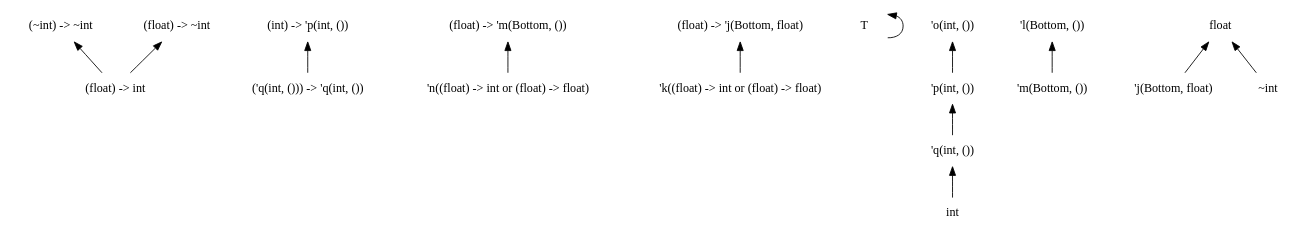
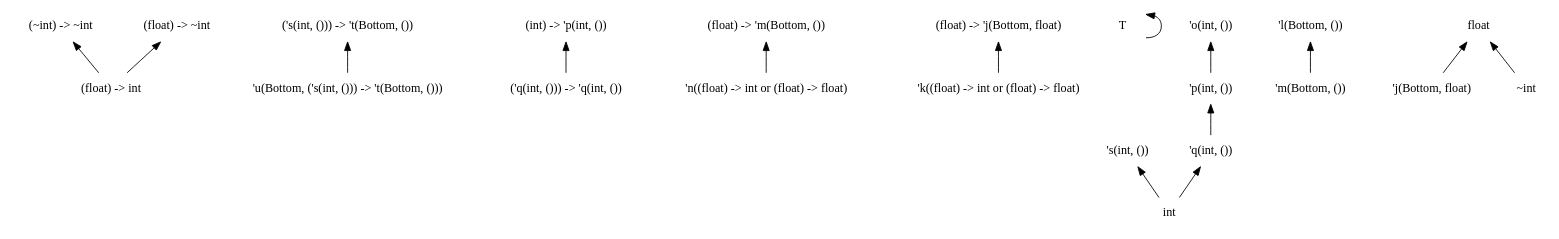
Before and after one commit to chocobo333/regino: the diagram in dots/5.dot, drawn with Graphviz. The commit also changed 38 other files, not shown here.

```diff
--- a/dots/5.dot
+++ b/dots/5.dot
@@ -1,42 +1,47 @@
 digraph order {
   graph [
     size = "30,10"
     ];
   node [
     shape = none
     ];
   edge [
     dir = back
     ];
   "(~int) -> ~int"
+  "(float) -> ~int"
+  "('s(int, ())) -> 't(Bottom, ())"
   "(int) -> 'p(int, ())"
   "(float) -> 'm(Bottom, ())"
   "(float) -> 'j(Bottom, float)"
-  "(float) -> ~int"
   "T"
   "'k((float) -> int or (float) -> float)"
   "'n((float) -> int or (float) -> float)"
+  "'u(Bottom, ('s(int, ())) -> 't(Bottom, ()))"
   "'p(int, ())"
   "'q(int, ())"
   "'m(Bottom, ())"
   "'j(Bottom, float)"
+  "'s(int, ())"
   "'o(int, ())"
   "'l(Bottom, ())"
   "float"
   "int"
   "~int"
   "('q(int, ())) -> 'q(int, ())"
   "(float) -> int"
+  "(float) -> 'm(Bottom, ())" -> "'n((float) -> int or (float) -> float)"
   "(float) -> 'j(Bottom, float)" -> "'k((float) -> int or (float) -> float)"
+  "(~int) -> ~int" -> "(float) -> int"
   "(float) -> ~int" -> "(float) -> int"
-  "(~int) -> ~int" -> "(float) -> int"
   "T" -> "T"
   "float" -> "'j(Bottom, float)"
   "float" -> "~int"
+  "'s(int, ())" -> "int"
   "'o(int, ())" -> "'p(int, ())"
   "'q(int, ())" -> "int"
   "'p(int, ())" -> "'q(int, ())"
   "'l(Bottom, ())" -> "'m(Bottom, ())"
+  "('s(int, ())) -> 't(Bottom, ())" -> "'u(Bottom, ('s(int, ())) -> 't(Bottom, ()))"
   "(int) -> 'p(int, ())" -> "('q(int, ())) -> 'q(int, ())"
-  "(float) -> 'm(Bottom, ())" -> "'n((float) -> int or (float) -> float)"
 }
```
